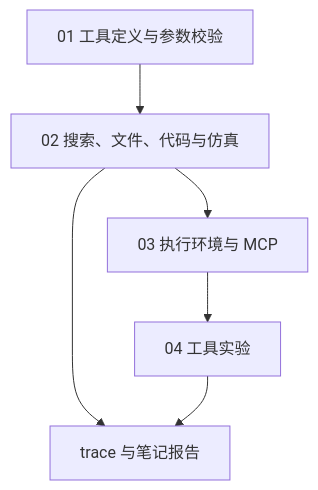
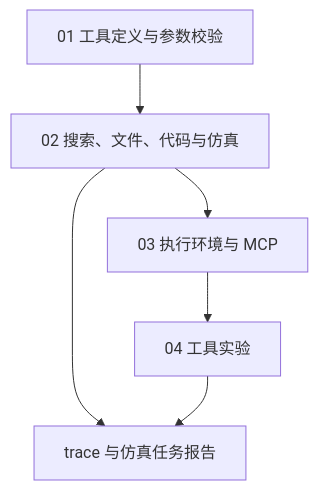
One commit to HarryYangthu/TheBestAIGuide changed the diagram in 10-Knowledge/02 Agent Harness/08-tools-and-environment/README.md. Above: the diagram before and after it, drawn with Mermaid. The commit also changed other lines of this file and 341 other files, not shown here.

````diff
--- a/10-Knowledge/02 Agent Harness/08-tools-and-environment/README.md
+++ b/10-Knowledge/02 Agent Harness/08-tools-and-environment/README.md
@@ -11,8 +11,8 @@
 ```mermaid
 flowchart TD
     A["01 工具定义与参数校验"] --> B["02 搜索、文件、代码与仿真"]
     B --> C["03 执行环境与 MCP"]
     C --> D["04 工具实验"]
-    B --> E["trace 与笔记报告"]
+    B --> E["trace 与仿真任务报告"]
     D --> E
 ```
````
